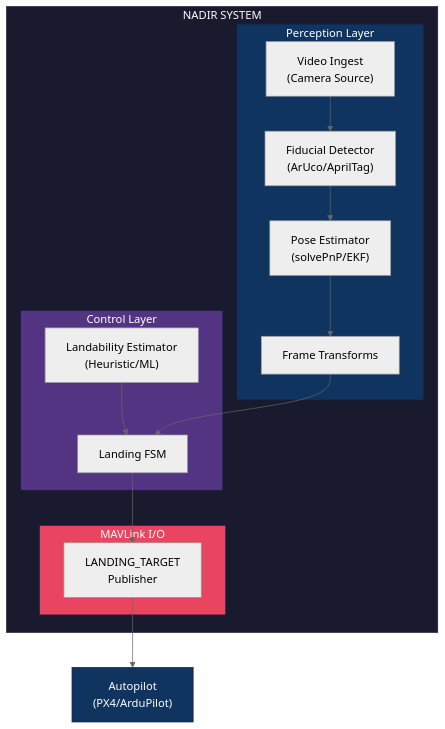
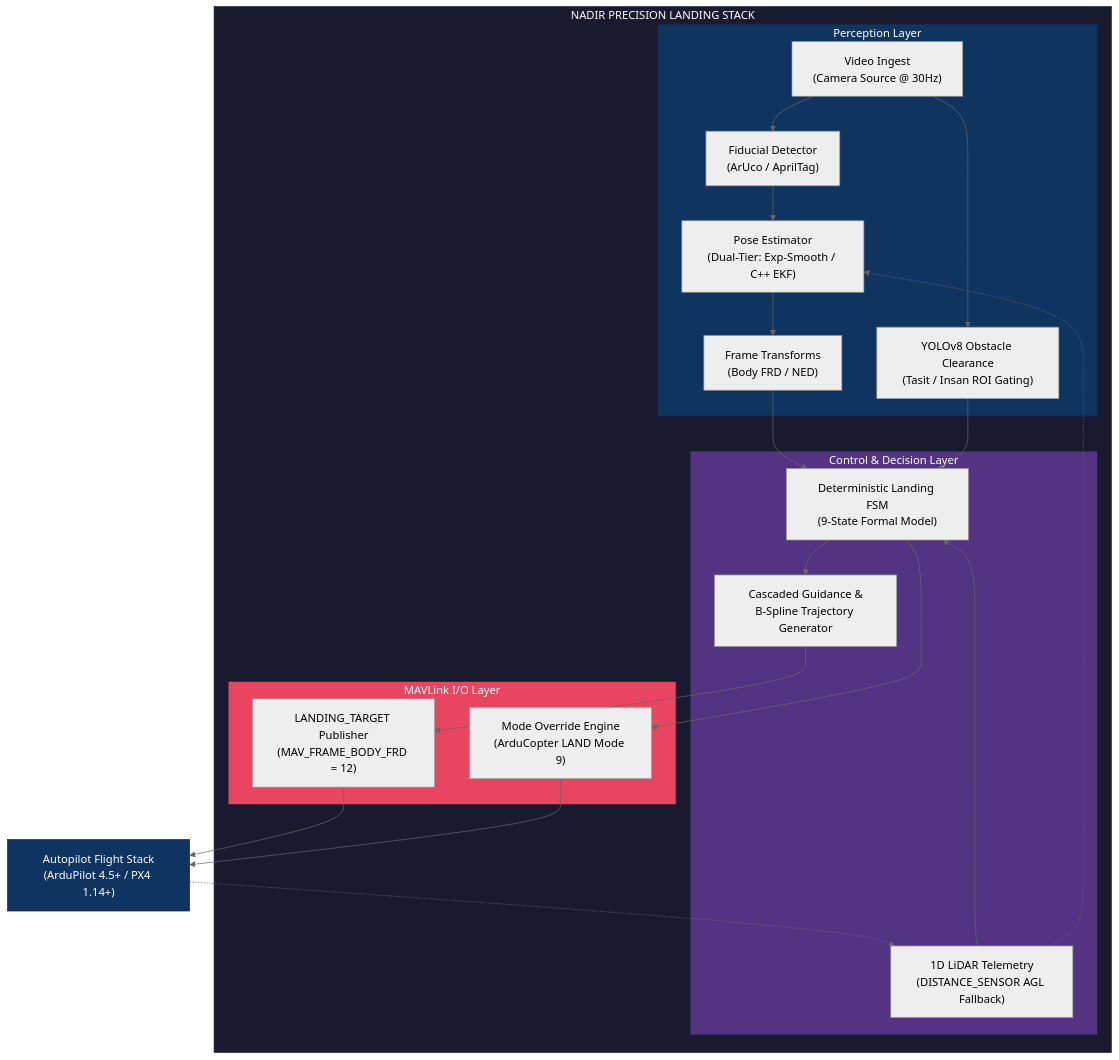
Before and after one commit to emrealtindag/Nadir: the second of 2 diagrams in README.md, drawn with Mermaid (neutral theme). The commit also changed other lines of this file and 5 other files, not shown here.

````diff
--- a/README.md
+++ b/README.md
@@ -283,27 +297,35 @@
 ```mermaid
 flowchart TB
-    subgraph NADIR["NADIR SYSTEM"]
+    subgraph NADIR["NADIR PRECISION LANDING STACK"]
         subgraph Perception["Perception Layer"]
-            VI["Video Ingest\n(Camera Source)"] --> FD["Fiducial Detector\n(ArUco/AprilTag)"]
-            FD --> PE["Pose Estimator\n(solvePnP/EKF)"]
-            PE --> FT["Frame Transforms"]
+            VI["Video Ingest\n(Camera Source @ 30Hz)"] --> FD["Fiducial Detector\n(ArUco / AprilTag)"]
+            FD --> PE["Pose Estimator\n(Dual-Tier: Exp-Smooth / C++ EKF)"]
+            VI --> YOLO["YOLOv8 Obstacle Clearance\n(Tasit / Insan ROI Gating)"]
+            PE --> FT["Frame Transforms\n(Body FRD / NED)"]
         end
         
-        subgraph Control["Control Layer"]
-            LE["Landability Estimator\n(Heuristic/ML)"] --> FSM["Landing FSM"]
-            FT --> FSM
+        subgraph Control["Control & Decision Layer"]
+            LIDAR["1D LiDAR Telemetry\n(DISTANCE_SENSOR AGL Fallback)"]
+            FT --> FSM["Deterministic Landing FSM\n(9-State Formal Model)"]
+            YOLO --> FSM
+            LIDAR --> FSM
+            LIDAR -.-> PE
+            FSM --> CG["Cascaded Guidance &\nB-Spline Trajectory Generator"]
         end
         
-        subgraph MAVLink["MAVLink I/O"]
-            FSM --> LT["LANDING_TARGET\nPublisher"]
+        subgraph MAVLink["MAVLink I/O Layer"]
+            CG --> LT["LANDING_TARGET Publisher\n(MAV_FRAME_BODY_FRD = 12)"]
+            FSM --> MO["Mode Override Engine\n(ArduCopter LAND Mode 9)"]
         end
     end
     
-    LT --> AP["Autopilot\n(PX4/ArduPilot)"]
+    LT --> AP["Autopilot Flight Stack\n(ArduPilot 4.5+ / PX4 1.14+)"]
+    MO --> AP
+    AP -.-> LIDAR
     
     style NADIR fill:#1a1a2e,stroke:#16213e,color:#fff
     style Perception fill:#0f3460,stroke:#16213e,color:#fff
     style Control fill:#533483,stroke:#16213e,color:#fff
     style MAVLink fill:#e94560,stroke:#16213e,color:#fff
     style AP fill:#0f3460,stroke:#16213e,color:#fff
 ```
````
